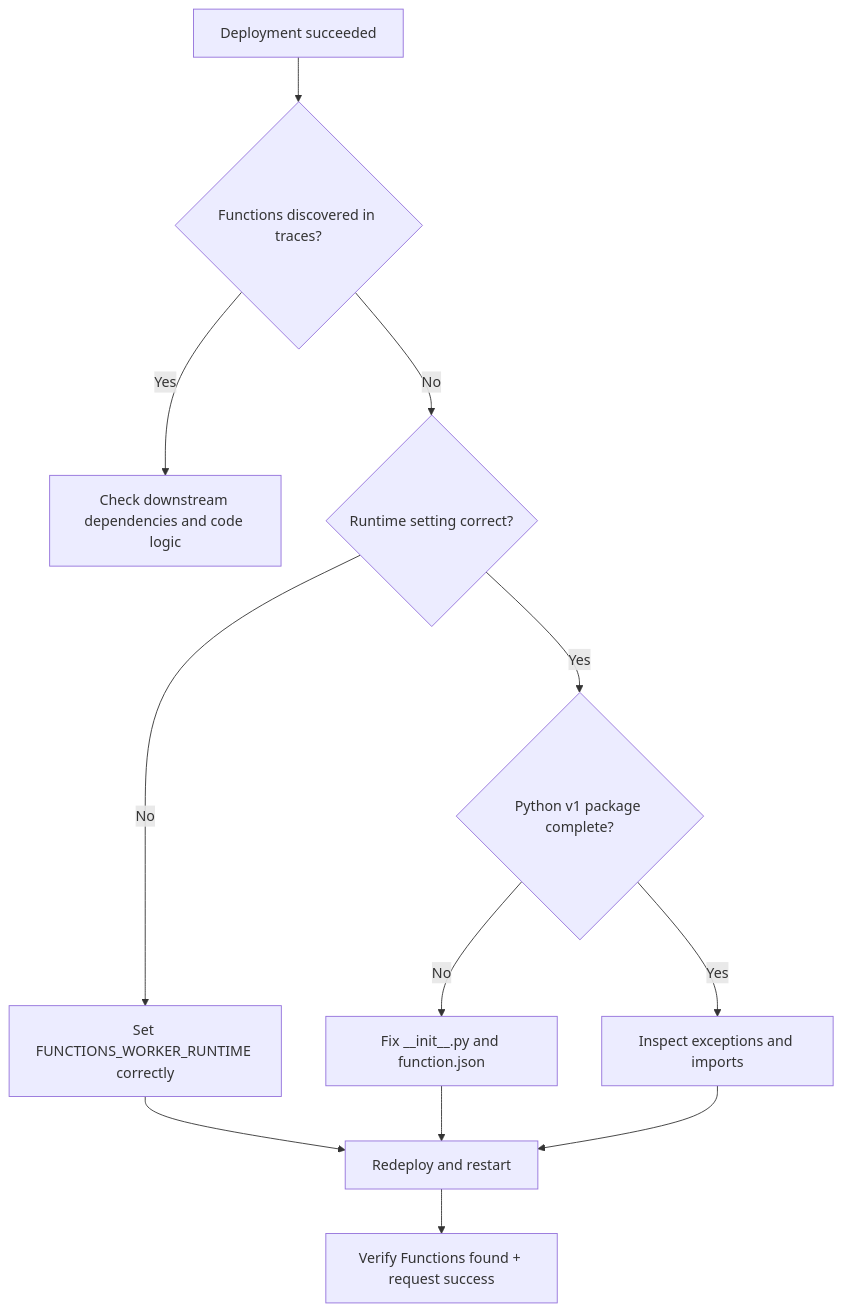
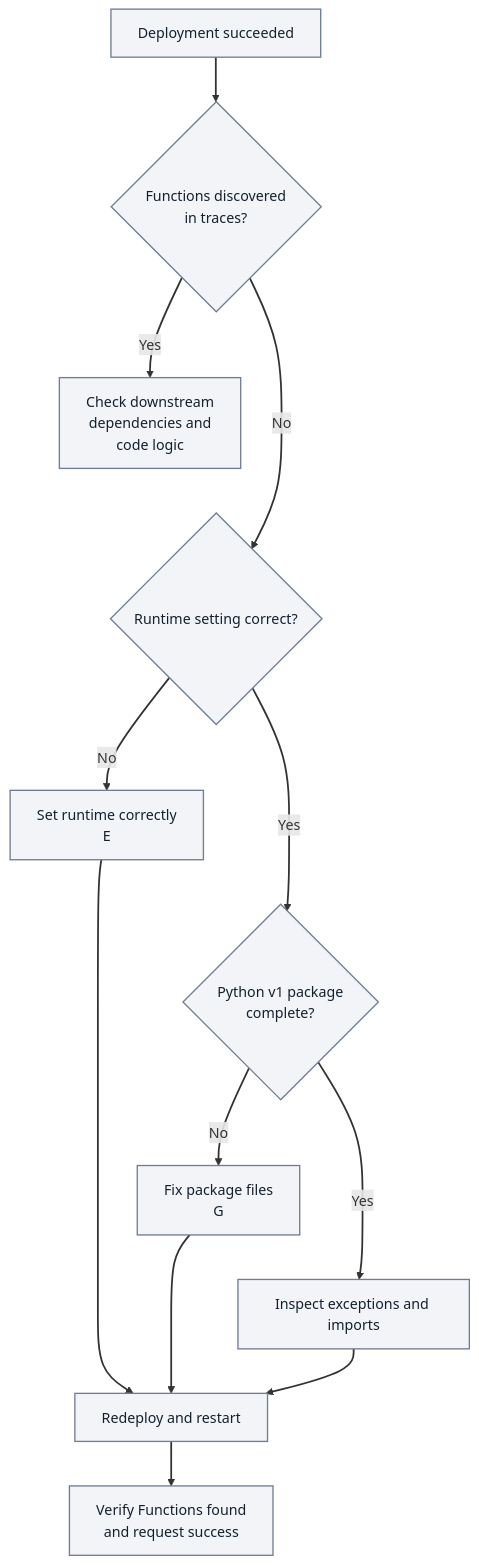
The fourth of 5 diagrams in docs/troubleshooting/lab-guides/deployment-not-running.md (yeongseon/azure-functions-practical-guide), drawn with Mermaid before and after one commit. The commit also changed other lines of this file and 1 other file, not shown here.

First line of the commit message:
docs(diagrams): migrate Functions lab deployment startup — deployment not running (#432)

````diff
--- a/docs/troubleshooting/lab-guides/deployment-not-running.md
+++ b/docs/troubleshooting/lab-guides/deployment-not-running.md
@@ -718,14 +744,23 @@
 ```mermaid
 flowchart TD
-    A[Deployment succeeded] --> B{Functions discovered in traces?}
-    B -- Yes --> C[Check downstream dependencies and code logic]
+    accTitle: Deployment discovery triage checks
+    accDescr: Illustrative triage reading path. Discovery in traces leads to dependency and code checks; otherwise check the runtime setting, then Python v1 package completeness, then exceptions and imports. Runtime and package corrections and import investigation converge on redeploy and restart, followed by discovery and request verification. Missing telemetry alone is not a diagnosis; use the Golden controls and disproof criteria.
+    A[Deployment succeeded] --> B{Functions discovered<br/>in traces?}
+    B -- Yes --> C[Check downstream<br/>dependencies and<br/>code logic]
     B -- No --> D{Runtime setting correct?}
-    D -- No --> E[Set FUNCTIONS_WORKER_RUNTIME correctly]
-    D -- Yes --> F{Python v1 package complete?}
-    F -- No --> G[Fix __init__.py and function.json]
+    D -- No --> E[Set runtime correctly<br/>E]
+    D -- Yes --> F{Python v1 package<br/>complete?}
+    F -- No --> G[Fix package files<br/>G]
     F -- Yes --> H[Inspect exceptions and imports]
     E --> I[Redeploy and restart]
     G --> I
     H --> I
-    I --> J[Verify Functions found + request success]
+    I --> J[Verify Functions found<br/>and request success]
+    %% Layout-only links tier the branches; they add no diagnostic steps or arrows.
+    C ~~~ D
+    E ~~~ F
+    G ~~~ H
+    classDef baseNeutral fill:#f2f4f8,stroke:#707e93,stroke-width:1.5px,color:#14202e;
+    class A,B,C,D,E,F,G,H,I,J baseNeutral;
+    linkStyle default stroke-width:2px;
 ```
````
